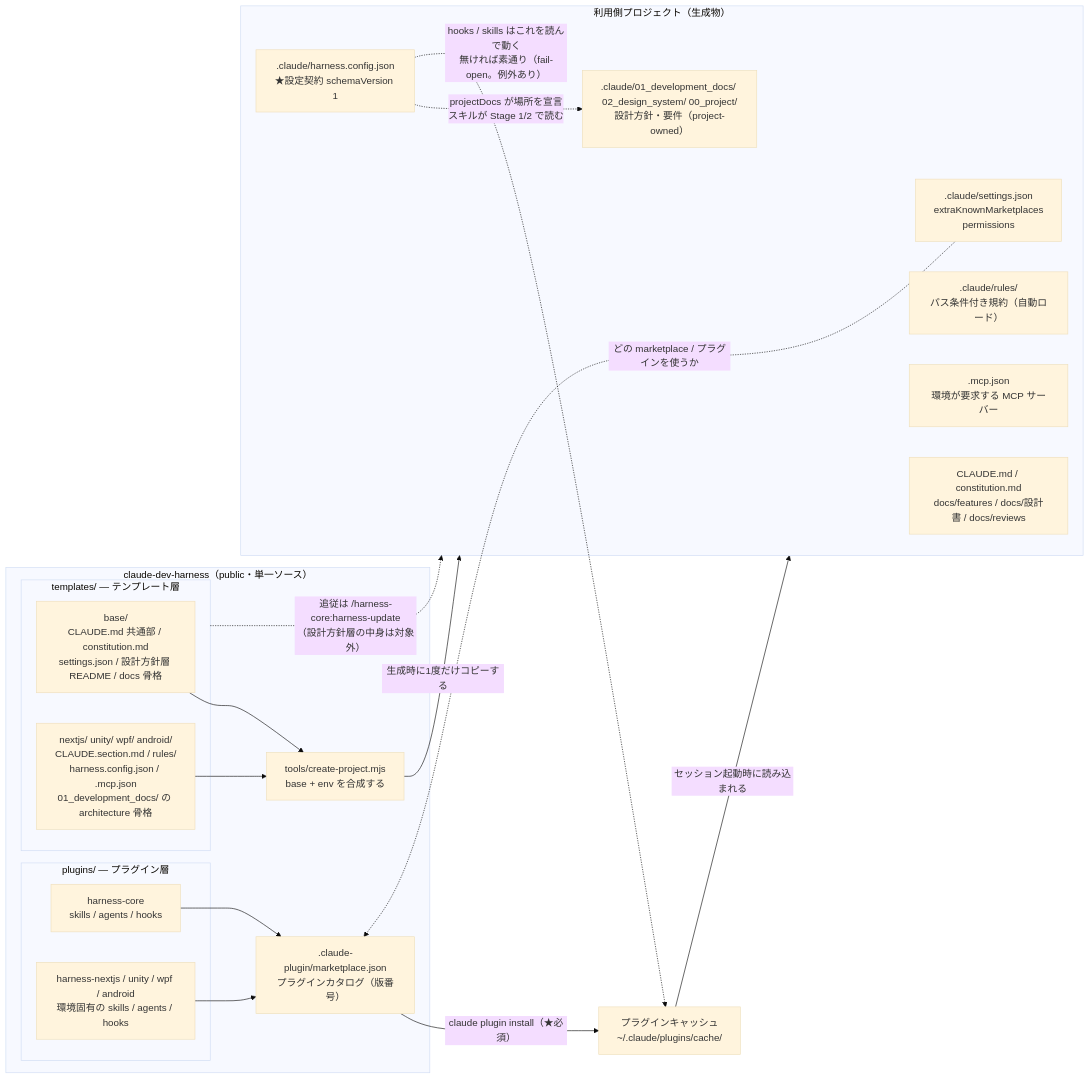
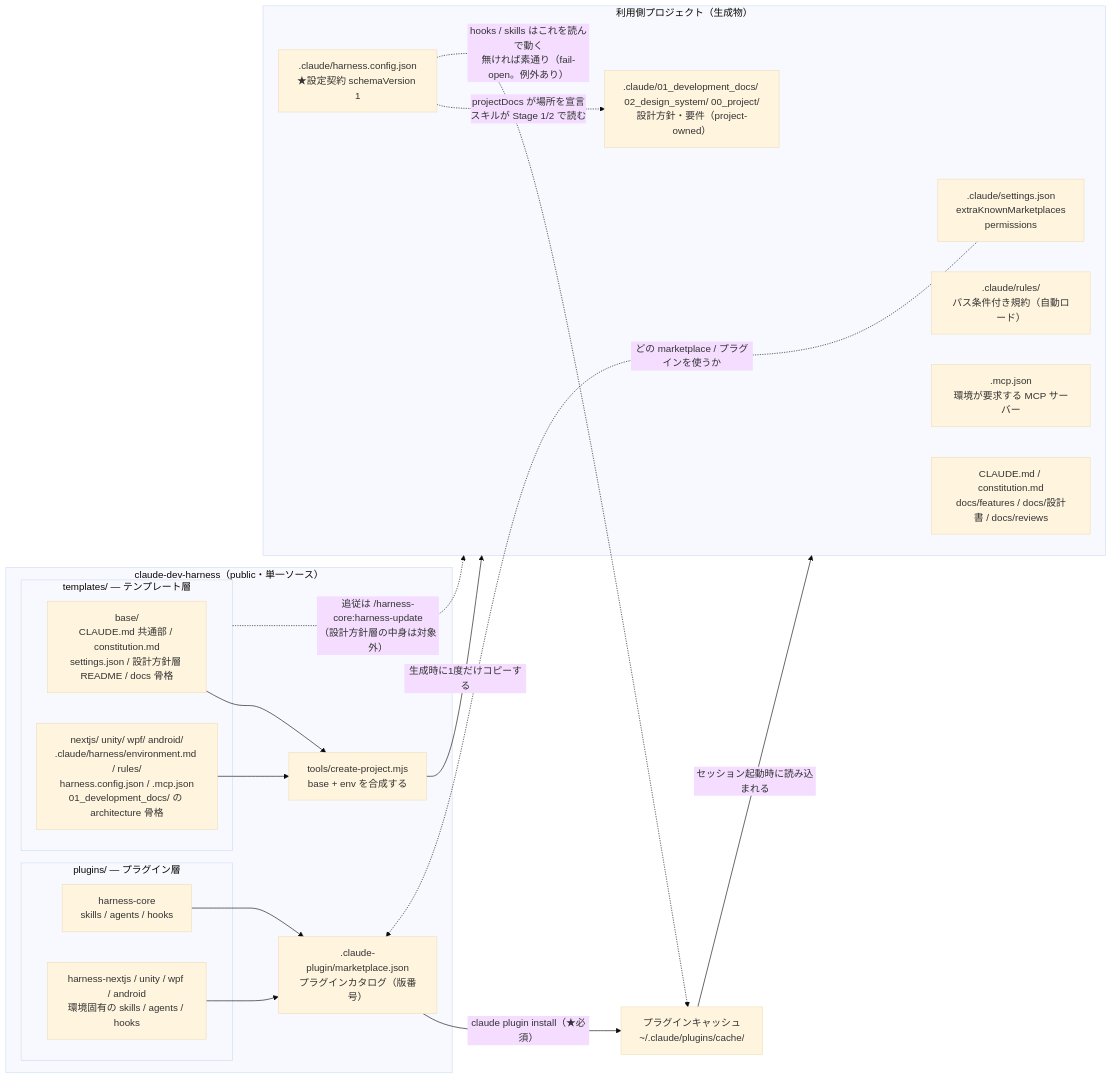
The diagram in docs/diagrams/01_全体アーキテクチャ図.md (mizuta0711/claude-dev-harness), drawn with Mermaid (base theme) before and after one commit. The commit also changed 18 other files, not shown here.

````diff
--- a/docs/diagrams/01_全体アーキテクチャ図.md
+++ b/docs/diagrams/01_全体アーキテクチャ図.md
@@ -31,40 +31,40 @@
 ```mermaid
 flowchart LR
     subgraph REPO["claude-dev-harness（public・単一ソース）"]
         MP[".claude-plugin/marketplace.json<br/>プラグインカタログ（版番号）"]
         subgraph PLUGINS["plugins/ — プラグイン層"]
             CORE["harness-core<br/>skills / agents / hooks"]
             ENVP["harness-nextjs / unity / wpf / android<br/>環境固有の skills / agents / hooks"]
         end
         subgraph TEMPL["templates/ — テンプレート層"]
             TB["base/<br/>CLAUDE.md 共通部 / constitution.md<br/>settings.json / 設計方針層 README / docs 骨格"]
-            TE["nextjs/ unity/ wpf/ android/<br/>CLAUDE.section.md / rules/<br/>harness.config.json / .mcp.json<br/>01_development_docs/ の architecture 骨格"]
+            TE["nextjs/ unity/ wpf/ android/<br/>.claude/harness/environment.md / rules/<br/>harness.config.json / .mcp.json<br/>01_development_docs/ の architecture 骨格"]
         end
         TOOL["tools/create-project.mjs<br/>base + env を合成する"]
     end
 
     CACHE["プラグインキャッシュ<br/>~/.claude/plugins/cache/"]
 
     subgraph PROJ["利用側プロジェクト（生成物）"]
         SET[".claude/settings.json<br/>extraKnownMarketplaces<br/>permissions"]
         CFG[".claude/harness.config.json<br/>★設定契約 schemaVersion 1"]
         RUL[".claude/rules/<br/>パス条件付き規約（自動ロード）"]
         PPOL[".claude/01_development_docs/ 02_design_system/ 00_project/<br/>設計方針・要件（project-owned）"]
         MCPJ[".mcp.json<br/>環境が要求する MCP サーバー"]
         PDOC["CLAUDE.md / constitution.md<br/>docs/features / docs/設計書 / docs/reviews"]
     end
 
     CORE --> MP
     ENVP --> MP
     TB --> TOOL
     TE --> TOOL
 
     MP -->|"claude plugin install（★必須）"| CACHE
     CACHE -->|"セッション起動時に読み込まれる"| PROJ
     TOOL -->|"生成時に1度だけコピーする"| PROJ
     TEMPL -.->|"追従は /harness-core:harness-update<br/>（設計方針層の中身は対象外）"| PROJ
     CFG -.->|"projectDocs が場所を宣言<br/>スキルが Stage 1/2 で読む"| PPOL
 
     CFG -.->|"hooks / skills はこれを読んで動く<br/>無ければ素通り（fail-open。例外あり）"| CACHE
     SET -.->|"どの marketplace / プラグインを使うか"| MP
 ```
````
